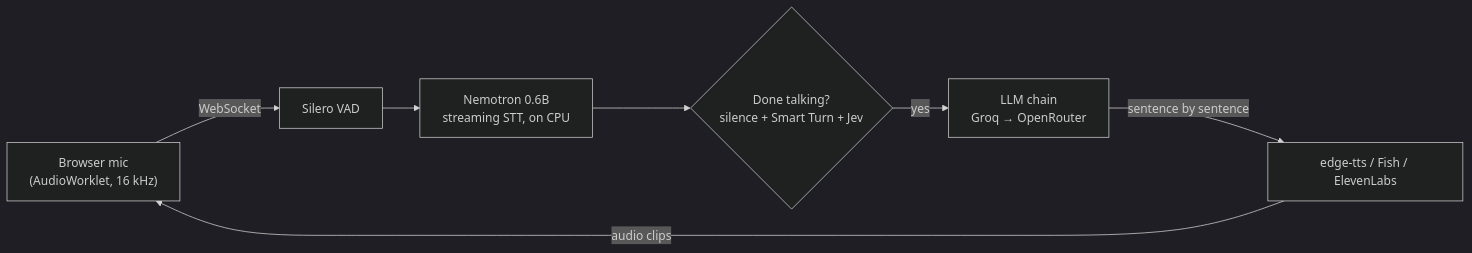
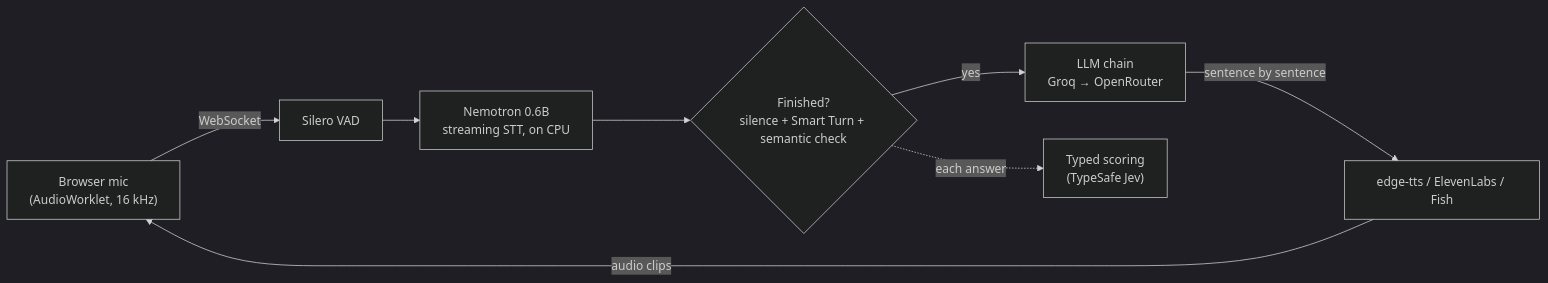
One commit to ShiivamSinghChauhan/ai-interviewer changed the diagram in README.md. Above: the diagram before and after it, drawn with Mermaid (dark theme). The commit also changed other lines of this file and 30 other files, not shown here.

````diff
--- a/README.md
+++ b/README.md
@@ -25,9 +51,10 @@
 ```mermaid
 flowchart LR
   mic["Browser mic<br/>(AudioWorklet, 16 kHz)"] -- WebSocket --> vad[Silero VAD]
   vad --> stt["Nemotron 0.6B<br/>streaming STT, on CPU"]
-  stt --> vote{"Done talking?<br/>silence + Smart Turn + Jev"}
+  stt --> vote{"Finished?<br/>silence + Smart Turn + semantic check"}
   vote -- yes --> llm["LLM chain<br/>Groq → OpenRouter"]
-  llm -- "sentence by sentence" --> tts["edge-tts / Fish / ElevenLabs"]
+  llm -- "sentence by sentence" --> tts["edge-tts / ElevenLabs / Fish"]
   tts -- "audio clips" --> mic
+  vote -. "each answer" .-> score["Typed scoring<br/>(TypeSafe Jev)"]
 ```
````
